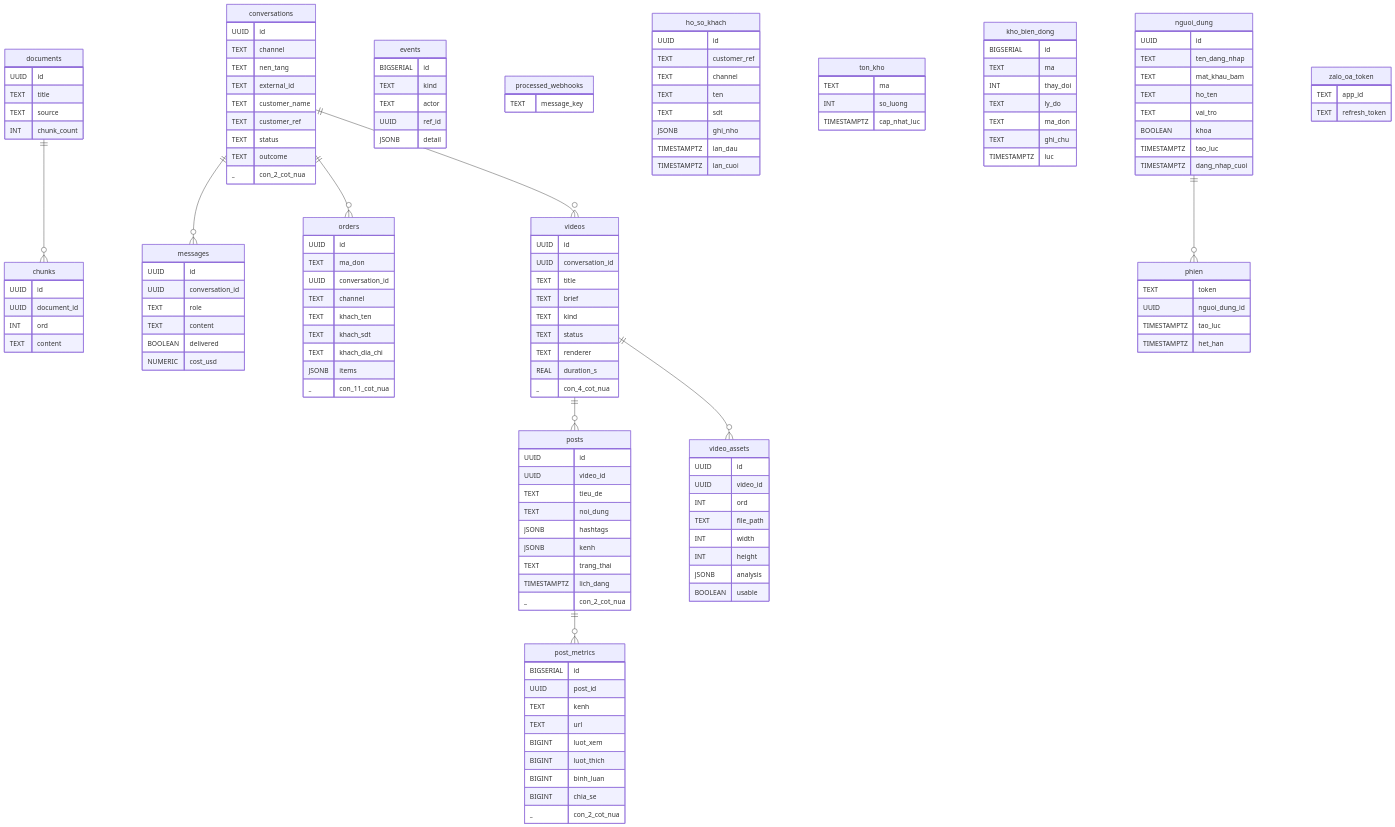
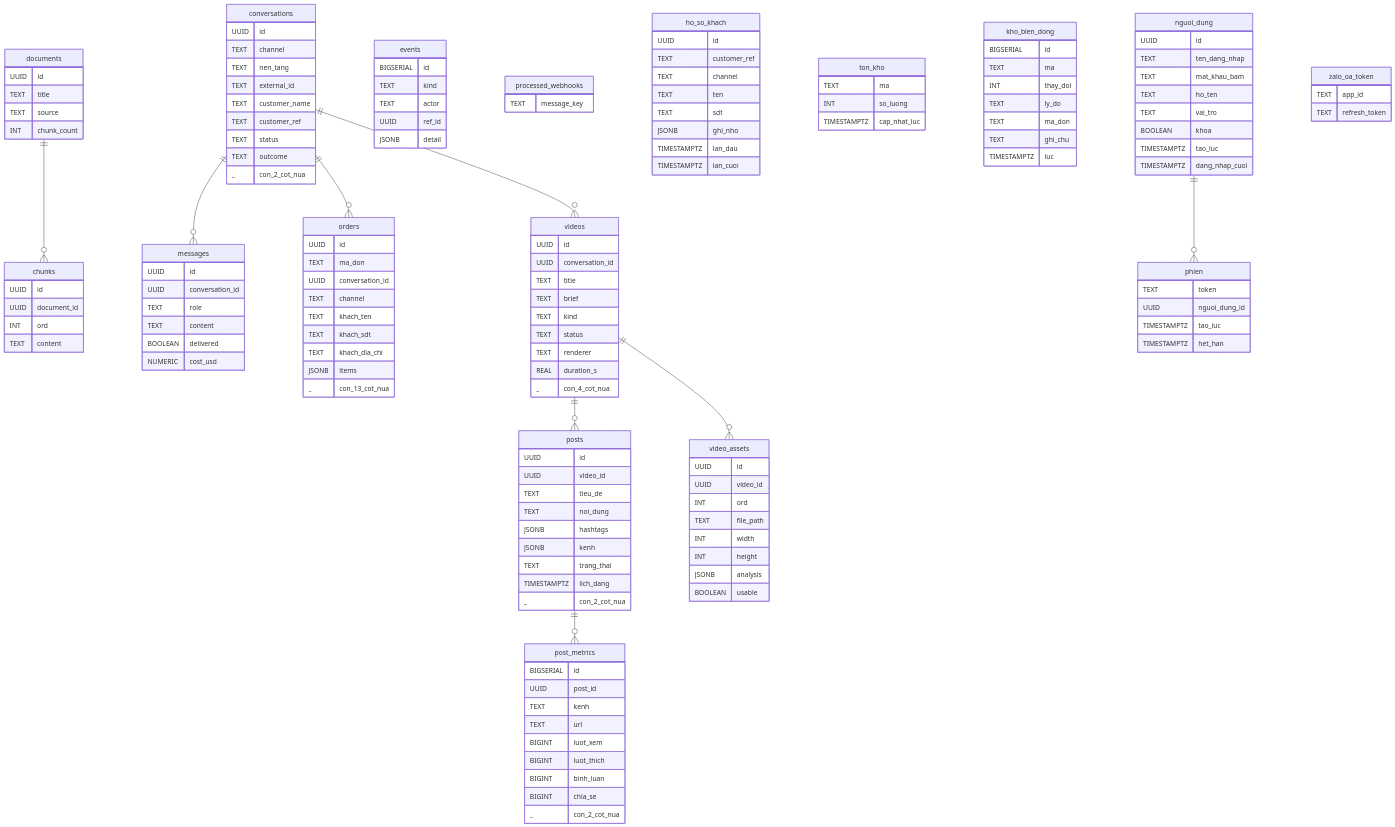
The fourth of 4 diagrams in docs/kien-truc.md (Harry-Kien/MarketingAgentDashboard), drawn with Mermaid before and after one commit. The commit also changed 42 other files, not shown here.

```diff
--- a/docs/kien-truc.md
+++ b/docs/kien-truc.md
@@ -208,7 +208,7 @@
         TEXT khach_sdt
         TEXT khach_dia_chi
         JSONB items
-        _ con_11_cot_nua
+        _ con_13_cot_nua
     }
     posts {
         UUID id
```
